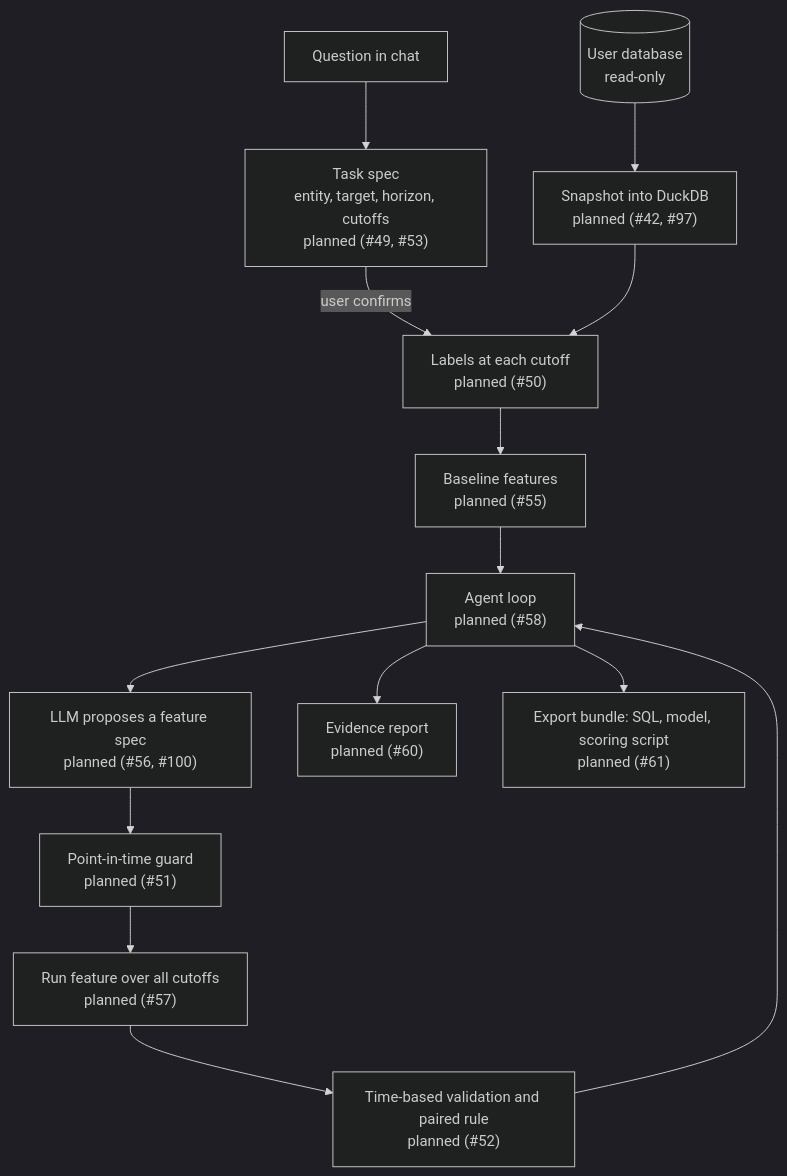
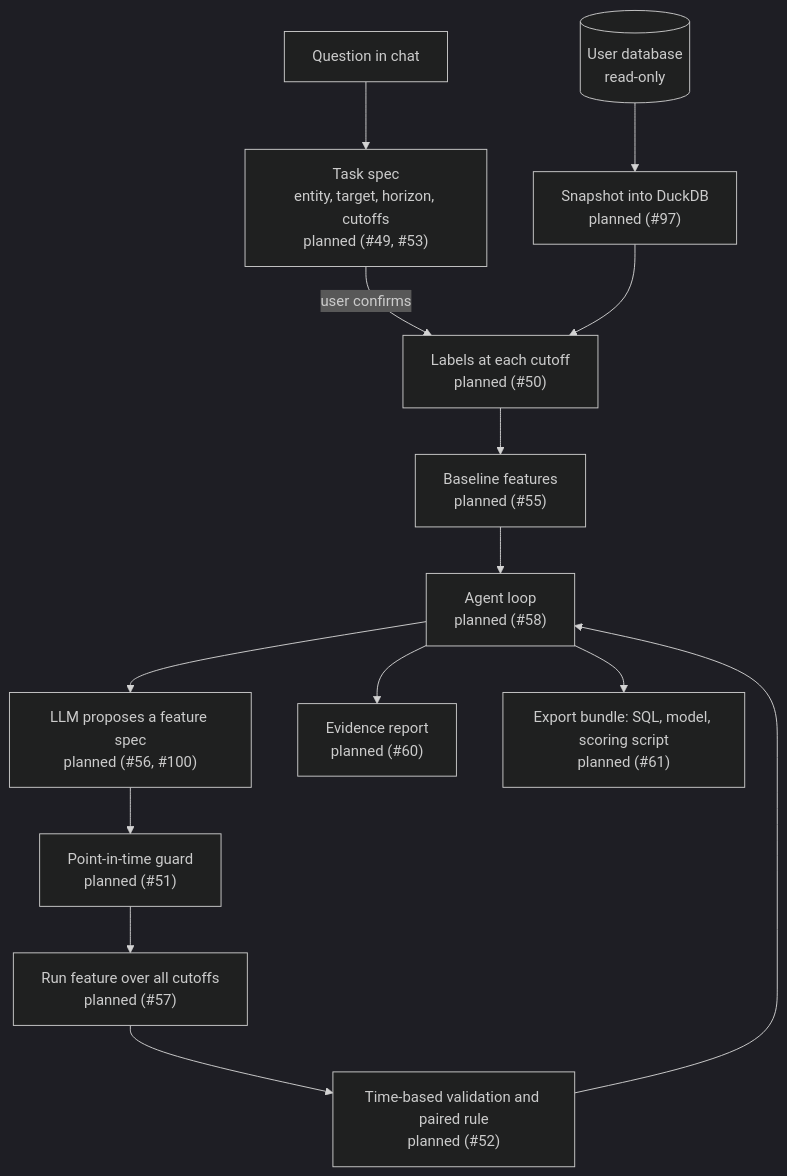
Before and after one commit to Harsh-Yadav-664/ML-Pilot: the third of 4 diagrams in docs/architecture.md, drawn with Mermaid (dark theme). The commit also changed other lines of this file and 18 other files, not shown here.

````diff
--- a/docs/architecture.md
+++ b/docs/architecture.md
@@ -72,16 +73,16 @@
 ```mermaid
 flowchart TD
     Q["Question in chat"] --> TS["Task spec<br/>entity, target, horizon, cutoffs<br/>planned (#49, #53)"]
     TS -->|"user confirms"| LB["Labels at each cutoff<br/>planned (#50)"]
-    DB[("User database<br/>read-only")] --> SN["Snapshot into DuckDB<br/>planned (#42, #97)"]
+    DB[("User database<br/>read-only")] --> SN["Snapshot into DuckDB<br/>planned (#97)"]
     SN --> LB
     LB --> BF["Baseline features<br/>planned (#55)"]
     BF --> LOOP["Agent loop<br/>planned (#58)"]
     LLM["LLM proposes a feature spec<br/>planned (#56, #100)"] --> PG["Point-in-time guard<br/>planned (#51)"]
     PG --> FX["Run feature over all cutoffs<br/>planned (#57)"]
     FX --> TV["Time-based validation and paired rule<br/>planned (#52)"]
     TV --> LOOP
     LOOP --> LLM
     LOOP --> RP["Evidence report<br/>planned (#60)"]
     LOOP --> EX["Export bundle: SQL, model, scoring script<br/>planned (#61)"]
 ```
````
